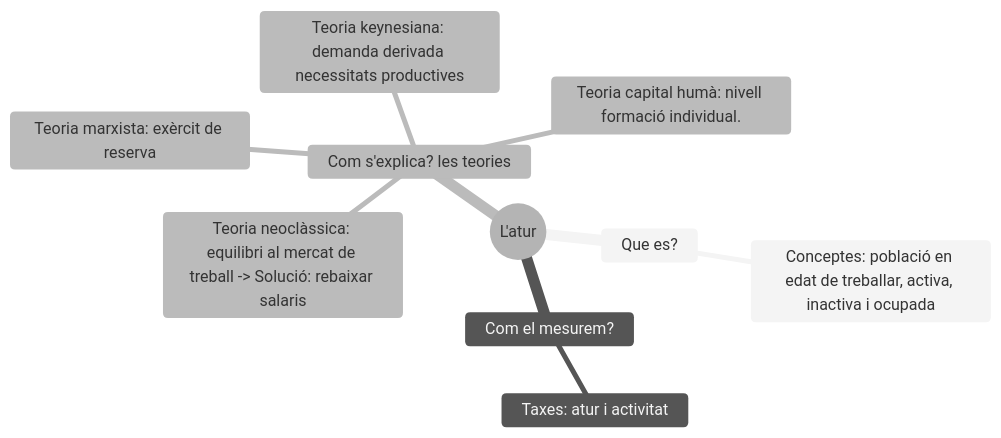
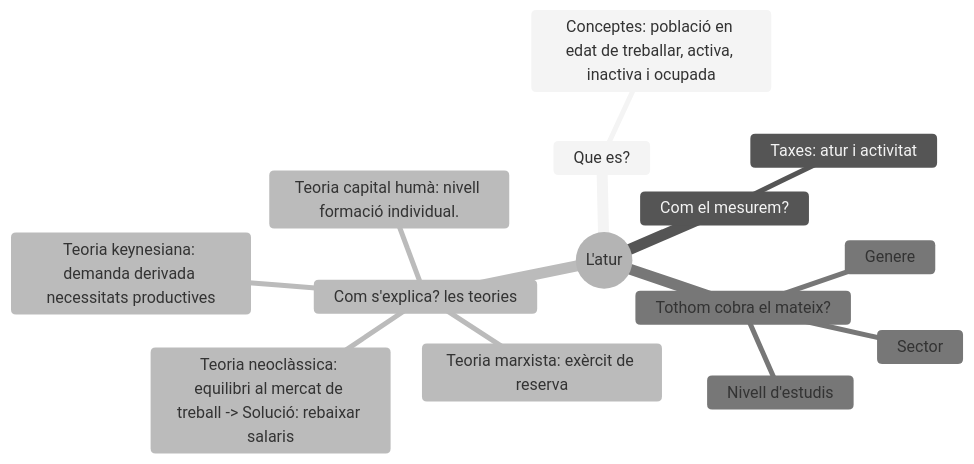
The diagram in SA3/esquema.mmd (jberbissbd/oposicions2024), drawn with Mermaid (neutral theme) before and after one commit.

Commit message:
Afegist apartats

```diff
--- a/SA3/esquema.mmd
+++ b/SA3/esquema.mmd
@@ -1,11 +1,15 @@
 mindmap
   root((L'atur))
     Que es?
         Conceptes: població en edat de treballar, activa, inactiva i ocupada
     Com el mesurem?
         Taxes: atur i activitat
     Com s'explica? les teories
         Teoria neoclàssica: equilibri al mercat de treball -> Solució: rebaixar salaris
         Teoria marxista: exèrcit de reserva
         Teoria keynesiana: demanda derivada necessitats productives
         Teoria capital humà: nivell formació individual.
+    Tothom cobra el mateix?
+        Genere
+        Nivell d'estudis
+        Sector
```
